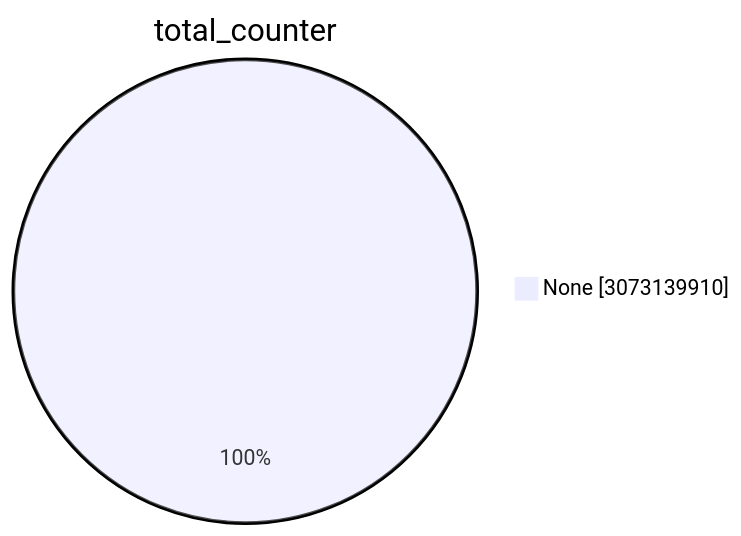
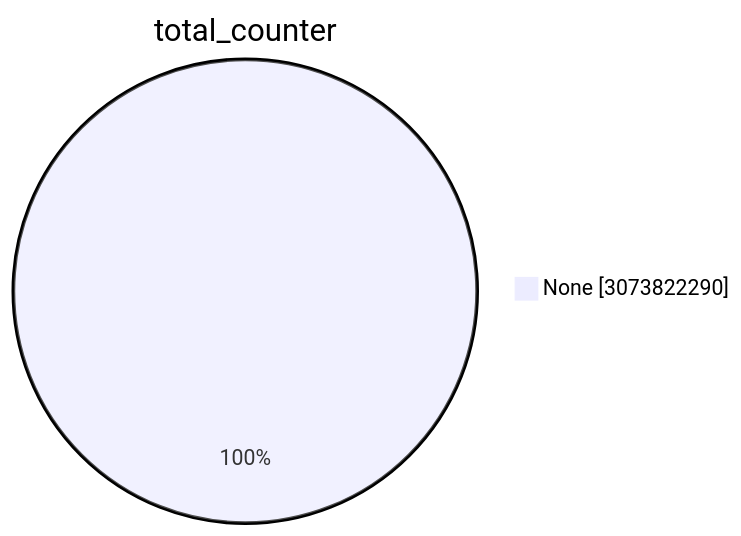
Before and after one commit to christiankrug/ctmonitor_visualization: the first of 15 diagrams in TOTAL/README.md, drawn with Mermaid. The commit also changed other lines of this file, not shown here.

````diff
--- a/TOTAL/README.md
+++ b/TOTAL/README.md
@@ -1,5 +1,5 @@
 ```mermaid
 pie showData
 title total_counter
-"None" :3073139910
+"None" :3073822290
 ```
````
